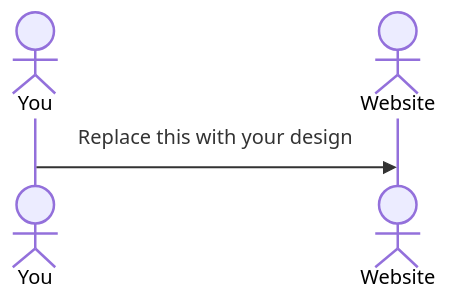
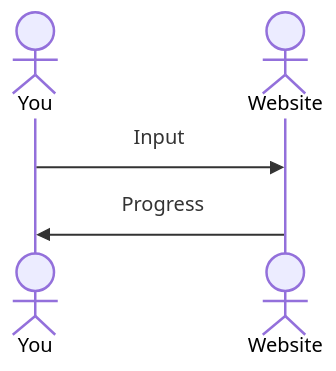
One commit to VoelckN/startup changed the diagram in README.md. Above: the diagram before and after it, drawn with Mermaid. The commit also changed other lines of this file, not shown here.

````diff
--- a/README.md
+++ b/README.md
@@ -37,6 +37,7 @@
 ```mermaid
 sequenceDiagram
     actor You
     actor Website
-    You->>Website: Replace this with your design
+    You->>Website: Input
+    Website->>You: Progress
 ```
````
